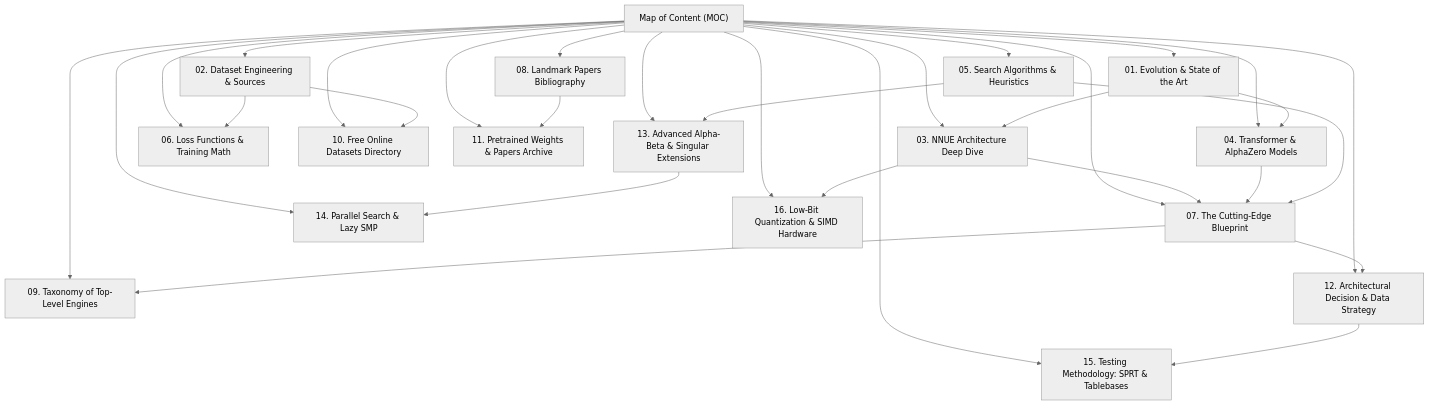
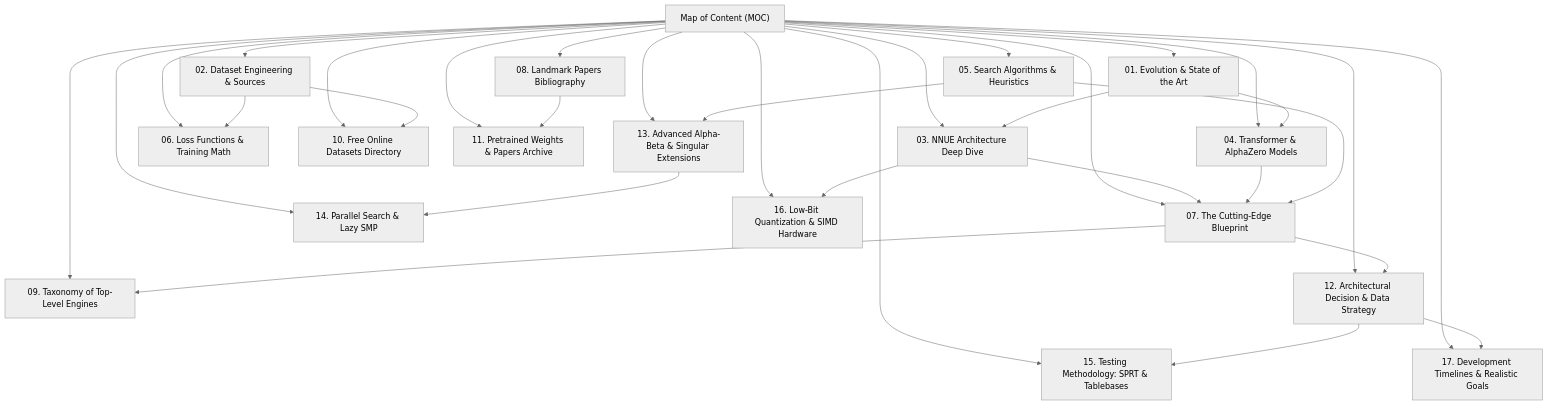
One commit to hammadshakeelai/apex-chess-engine changed the diagram in obsidian-vault/00-Index-Map-of-Content.md. Above: the diagram before and after it, drawn with Mermaid (neutral theme). The commit also changed 1 other file, not shown here.

Commit message:
docs: add development timelines, compute budgets, and 4-tier realistic goals

````diff
--- a/obsidian-vault/00-Index-Map-of-Content.md
+++ b/obsidian-vault/00-Index-Map-of-Content.md
@@ -12,35 +12,37 @@
 ```mermaid
 flowchart TD
     Index["Map of Content (MOC)"]
     Index --> Hist["01. Evolution & State of the Art"]
     Index --> Data["02. Dataset Engineering & Sources"]
     Index --> NNUE["03. NNUE Architecture Deep Dive"]
     Index --> Trans["04. Transformer & AlphaZero Models"]
     Index --> Search["05. Search Algorithms & Heuristics"]
     Index --> Math["06. Loss Functions & Training Math"]
     Index --> Blue["07. The Cutting-Edge Blueprint"]
     Index --> Bib["08. Landmark Papers Bibliography"]
     Index --> Tax["09. Taxonomy of Top-Level Engines"]
     Index --> FreeData["10. Free Online Datasets Directory"]
     Index --> Weights["11. Pretrained Weights & Papers Archive"]
     Index --> Strategy["12. Architectural Decision & Data Strategy"]
     Index --> AdvSearch["13. Advanced Alpha-Beta & Singular Extensions"]
     Index --> LazySMP["14. Parallel Search & Lazy SMP"]
     Index --> Testing["15. Testing Methodology: SPRT & Tablebases"]
     Index --> SIMD["16. Low-Bit Quantization & SIMD Hardware"]
+    Index --> Milestones["17. Development Timelines & Realistic Goals"]
 
     Hist --> NNUE
     Hist --> Trans
     Data --> Math
     NNUE --> Blue
     Trans --> Blue
     Search --> Blue
     Blue --> Tax
     Data --> FreeData
     Bib --> Weights
     Blue --> Strategy
     Search --> AdvSearch
     AdvSearch --> LazySMP
     Strategy --> Testing
     NNUE --> SIMD
+    Strategy --> Milestones
 ```
````
